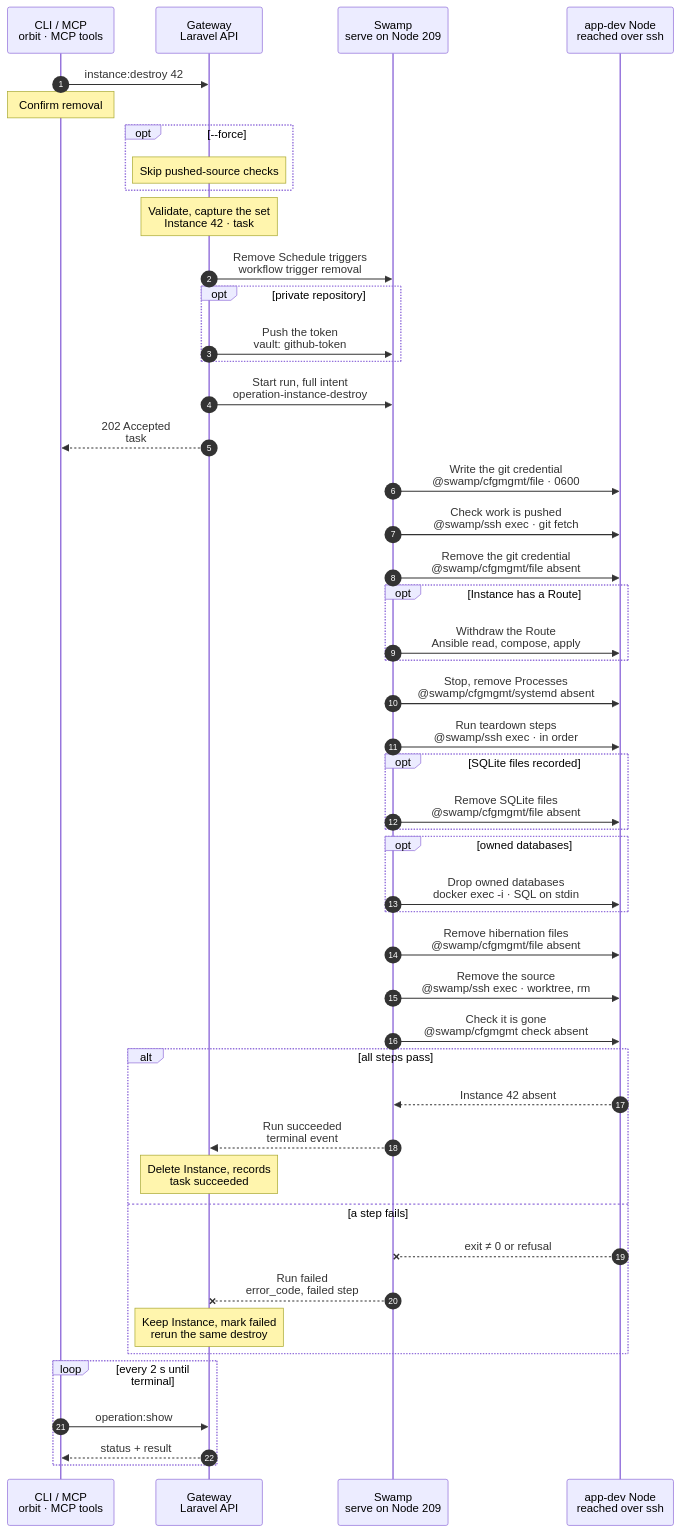
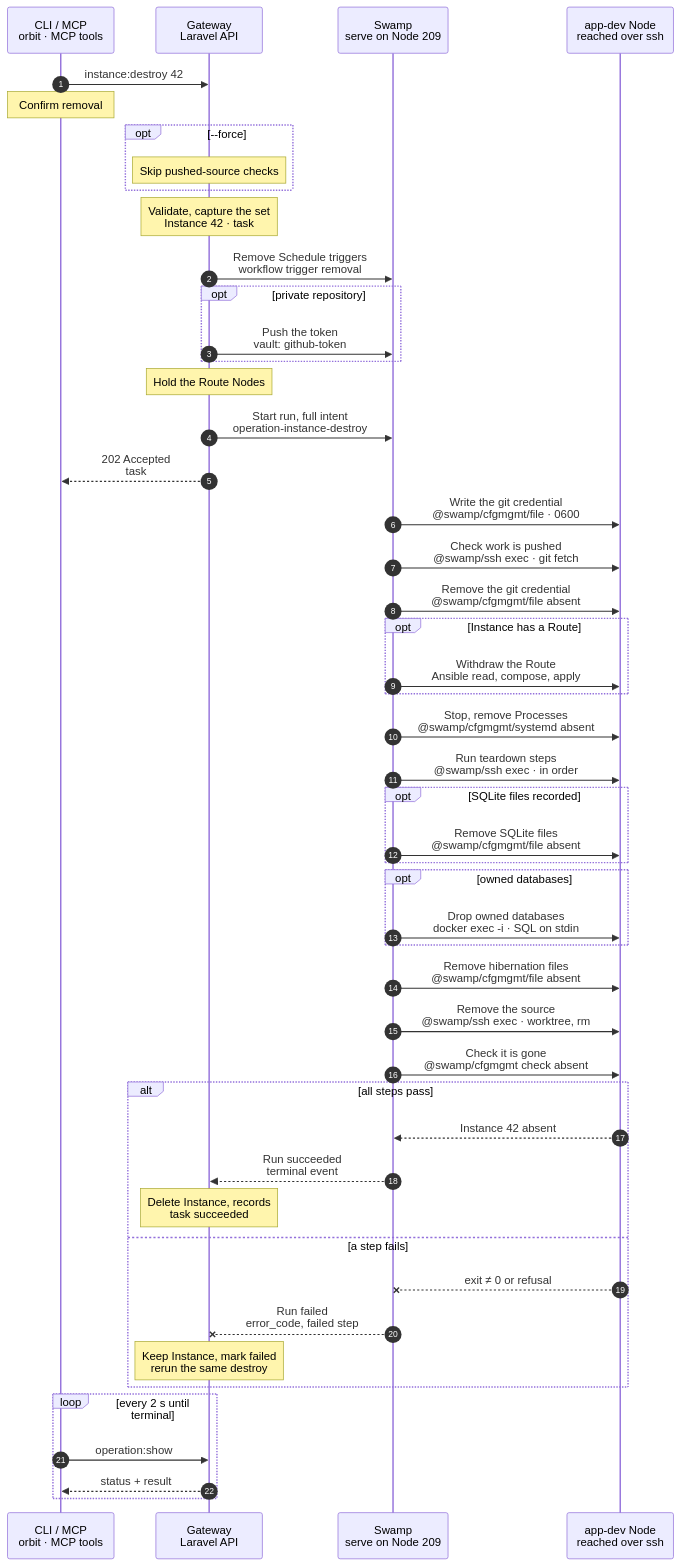
One commit to hardimpactdev/orbit changed the diagram in docs/cli/instance/destroy.mmd. Above: the diagram before and after it, drawn with Mermaid. The commit also changed 19 other files, not shown here.

First line of the commit message:
feat(routes): hold each Route-serving Node from admission to the terminal state (#3060)

```diff
--- a/docs/cli/instance/destroy.mmd
+++ b/docs/cli/instance/destroy.mmd
@@ -1,4 +1,5 @@
 sequenceDiagram
+  %% Decided by the orchestrator, for Nick's review (2026-11-06): the Gateway holds each Route-serving Node from admission to the terminal state; a second Route write on it waits (docs/reference/routes.md#coordinate-publication).
   %% Target design: ADR 0244 task, R1-R4, single-swamp-node (@swamp/ssh from 209), DECISIONS 1 (token minted at admission, vault.get), Schedules native (Nick 2026-11-02). docs/reference/instance-removal.md.
   %% Tightened: flow-tighten 2026-11-02, rules 3, 8, 14, 17, 22 (Route first, DNS only outside the TLD, cfgmgmt absent applies, no script read, source capture, report or assert step).
   %% Decided: Nick 2026-11-02, the Route is withdrawn first, before teardown; a failed teardown leaves the site down and a rerun completes.
@@ -70,6 +71,18 @@
     %%> Not needed:
     %%> - with `--force`, or for a public repository
   end
+  Note over GW: Hold the Route Nodes
+  %%> What it does:
+  %%> - holds each Node that serves this Route's site (Caddy and PHP) from admission to the terminal state
+  %%> - a second Route write on one of those Nodes waits (task status `waiting`) and starts when the Node is free, oldest first
+  %%> Not held:
+  %%> - the DNS Node: its records are keyed, and the apply phase refuses a file that changed since the read
+  %%> Limit:
+  %%> - two Route writes on one Node run one after the other, so each waits for the other's whole run
+  %%> - a newer write waits behind an older waiting one that shares a Node, and a waiting write can be cancelled
+  %%> - a timed-out write keeps its Nodes until Swamp confirms that its run stopped, or for 15 minutes
+  %%> - not held: task provision and cancel, instance register and the Cluster Router writes, which publish sites too
+  %%> - a task that waits starts from the Node's live files; a site block that matches none of its captured states still stops it with `owned_revision_conflict`
   GW->>SW: Start run, full intent<br/>operation-instance-destroy
   %%> What it does:
   %%> - starts one run of `operation-instance-destroy` on Swamp serve (Node 209)
```
